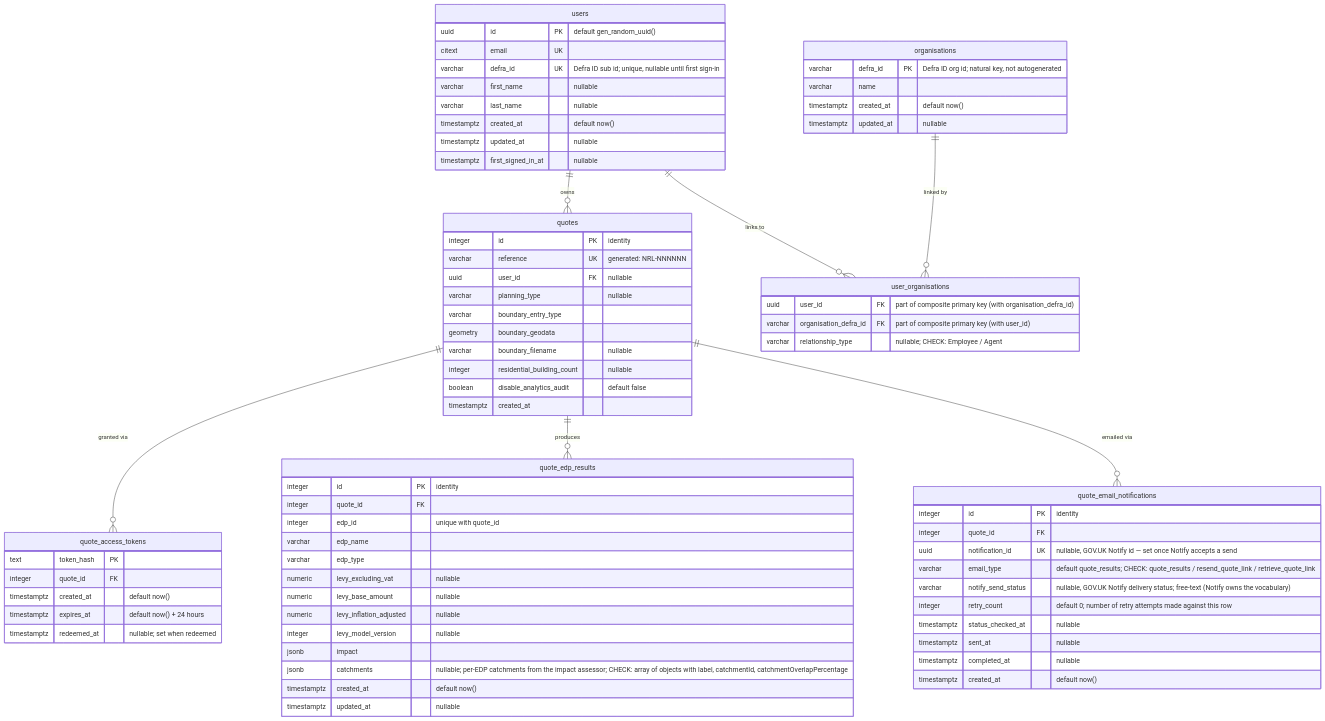
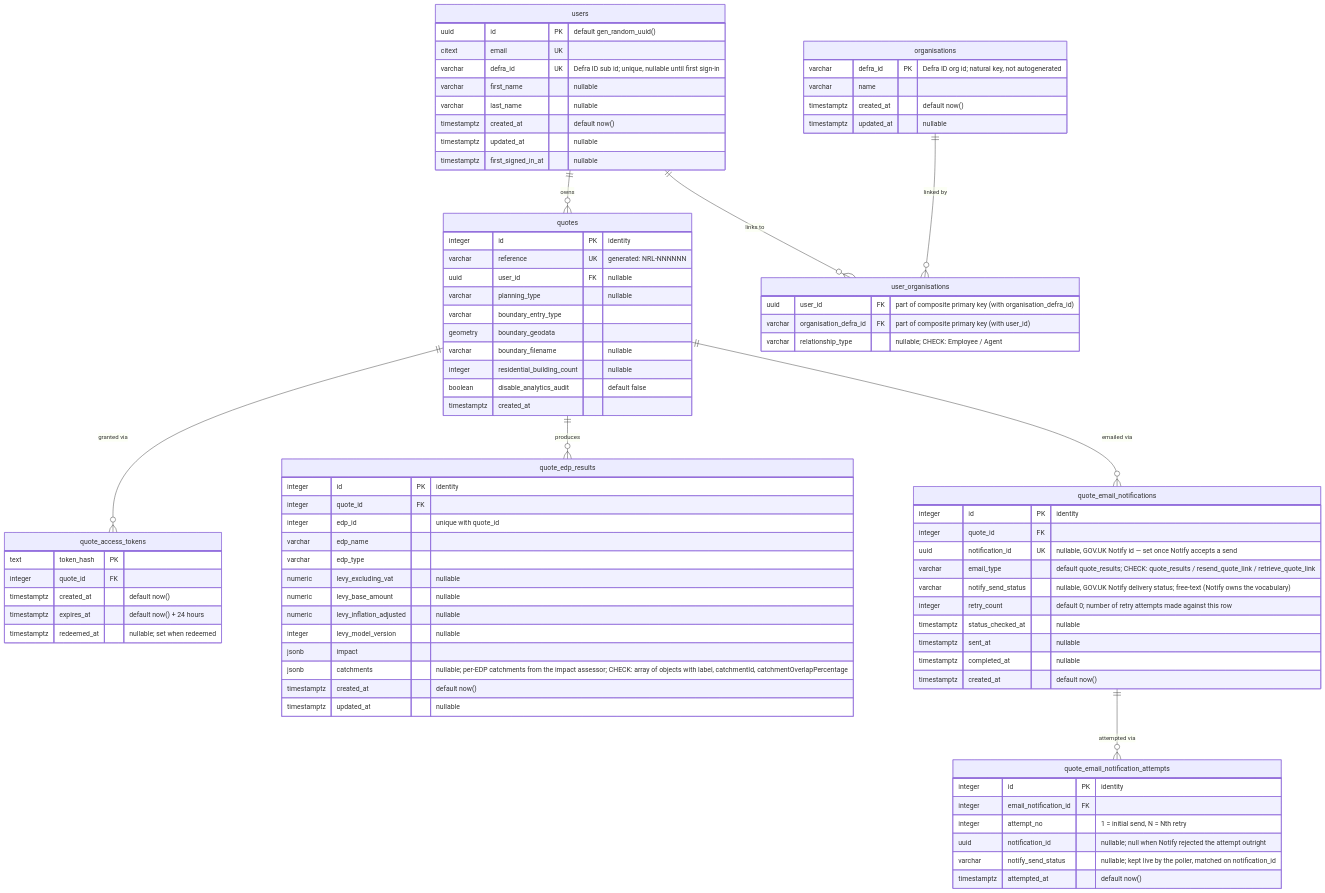
Before and after one commit to DEFRA/nrf-backend: the diagram in docs/quote-database-diagram.md, drawn with Mermaid. The commit also changed other lines of this file and 24 other files, not shown here.

First line of the commit message:
NRF2-1258 Retry retrieve quote email; per-attempt email history

````diff
--- a/docs/quote-database-diagram.md
+++ b/docs/quote-database-diagram.md
@@ -14,6 +14,7 @@
     quotes ||--o{ quote_access_tokens : "granted via"
     quotes ||--o{ quote_edp_results : "produces"
     quotes ||--o{ quote_email_notifications : "emailed via"
+    quote_email_notifications ||--o{ quote_email_notification_attempts : "attempted via"
     users ||--o{ user_organisations : "links to"
     organisations ||--o{ user_organisations : "linked by"
 
@@ -90,4 +91,13 @@
         timestamptz completed_at "nullable"
         timestamptz created_at "default now()"
     }
+
+    quote_email_notification_attempts {
+        integer id PK "identity"
+        integer email_notification_id FK
+        integer attempt_no "1 = initial send, N = Nth retry"
+        uuid notification_id "nullable; null when Notify rejected the attempt outright"
+        varchar notify_send_status "nullable; kept live by the poller, matched on notification_id"
+        timestamptz attempted_at "default now()"
+    }
 ```
````
